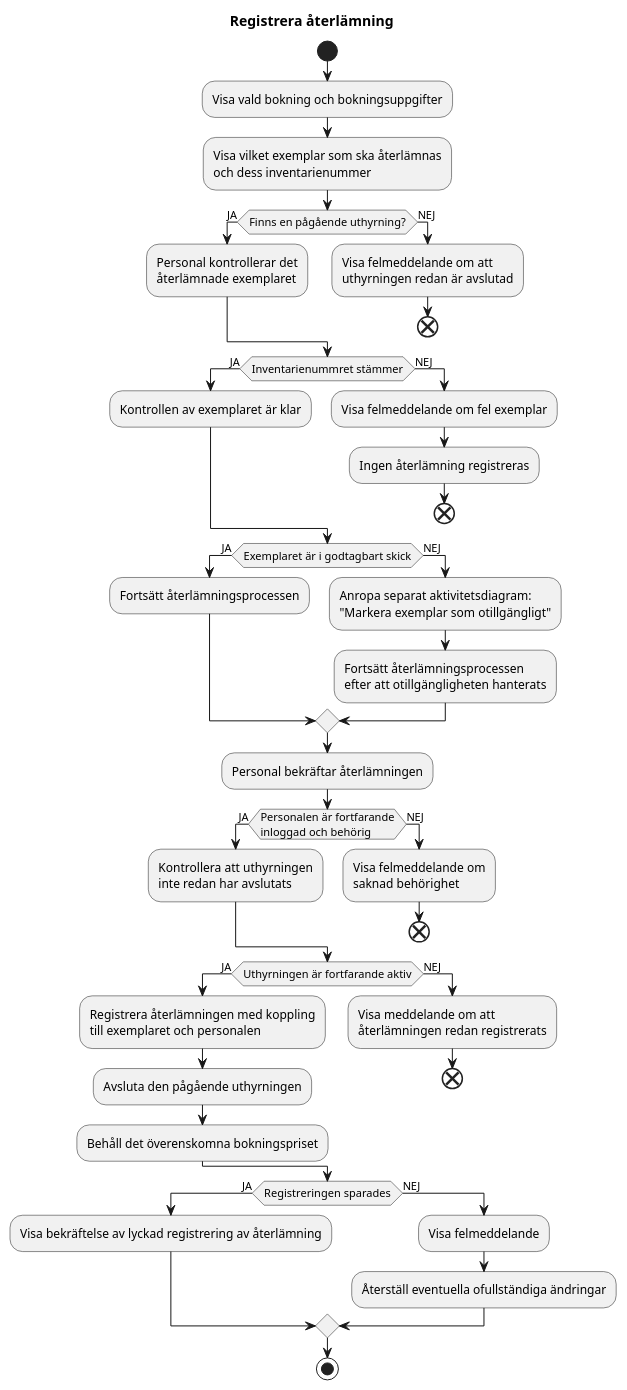
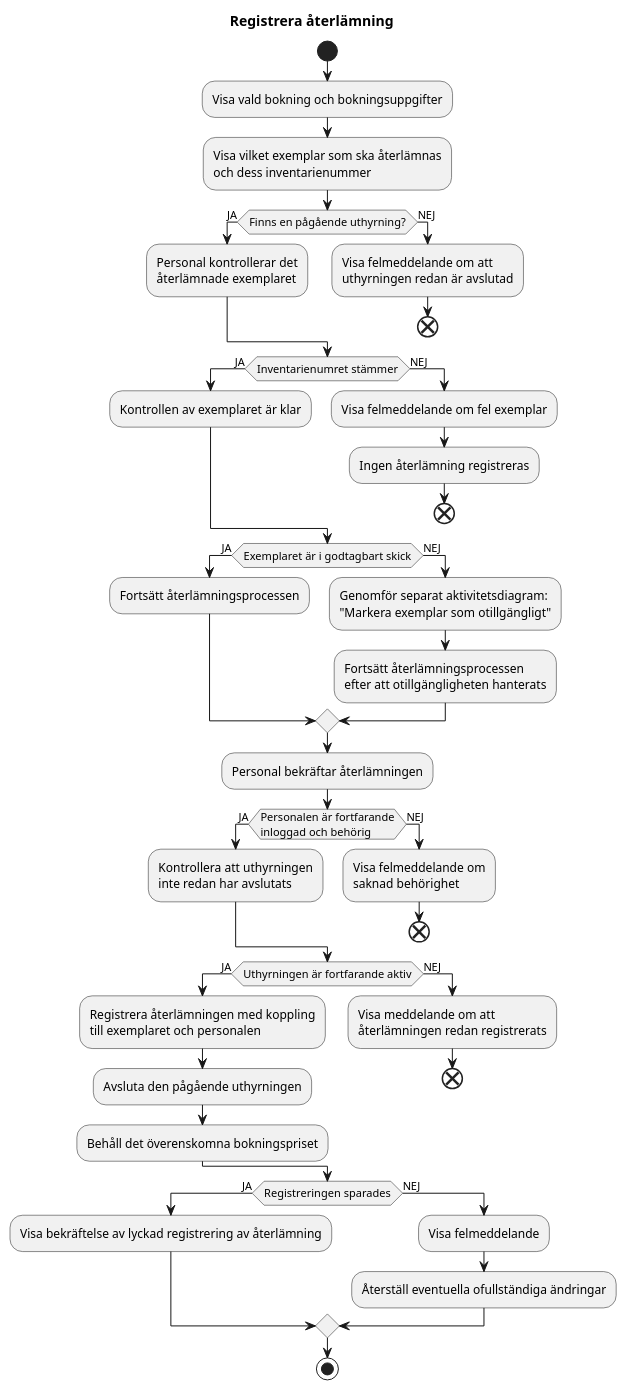
One commit to miablidberg-nackademin-ooad/SXXBookingSystemRegisterReturn changed the diagram in diagrams/register_return_activity_diagram.plantuml. Above: the diagram before and after it, drawn with PlantUML.

Commit message:
Update activity diagram

```diff
--- a/diagrams/register_return_activity_diagram.plantuml
+++ b/diagrams/register_return_activity_diagram.plantuml
@@ -1,67 +1,67 @@
-@startuml
+@startuml registrer_return
 title Registrera återlämning
 
 start
 
 :Visa vald bokning och bokningsuppgifter;
 :Visa vilket exemplar som ska återlämnas
 och dess inventarienummer;
 
 if (Finns en pågående uthyrning?) then (JA)
     :Personal kontrollerar det
     återlämnade exemplaret;
 else (NEJ)
     :Visa felmeddelande om att
     uthyrningen redan är avslutad;
     end
 endif
 
-if (Inventarienummret stämmer) then (JA)
+if (Inventarienumret stämmer) then (JA)
     :Kontrollen av exemplaret är klar;
 else (NEJ)
     :Visa felmeddelande om fel exemplar;
     :Ingen återlämning registreras;
     end
 endif
 
 if (Exemplaret är i godtagbart skick) then (JA)
     :Fortsätt återlämningsprocessen;
 else (NEJ)
-    :Anropa separat aktivitetsdiagram:
+    :Genomför separat aktivitetsdiagram:
     "Markera exemplar som otillgängligt";
     :Fortsätt återlämningsprocessen
     efter att otillgängligheten hanterats;
 endif
 
 :Personal bekräftar återlämningen;
 
 if (Personalen är fortfarande
 inloggad och behörig) then (JA)
     :Kontrollera att uthyrningen
     inte redan har avslutats;
 else (NEJ)
     :Visa felmeddelande om
     saknad behörighet;
     end
 endif
 
 if (Uthyrningen är fortfarande aktiv) then (JA)
     :Registrera återlämningen med koppling
     till exemplaret och personalen;
     :Avsluta den pågående uthyrningen;
     :Behåll det överenskomna bokningspriset;
 else (NEJ)
     :Visa meddelande om att
     återlämningen redan registrerats;
     end
 endif
 
 if (Registreringen sparades) then (JA)
     :Visa bekräftelse av lyckad registrering av återlämning;
 else (NEJ)
     :Visa felmeddelande;
     :Återställ eventuella ofullständiga ändringar;
 endif
 
 stop
 @enduml
```
